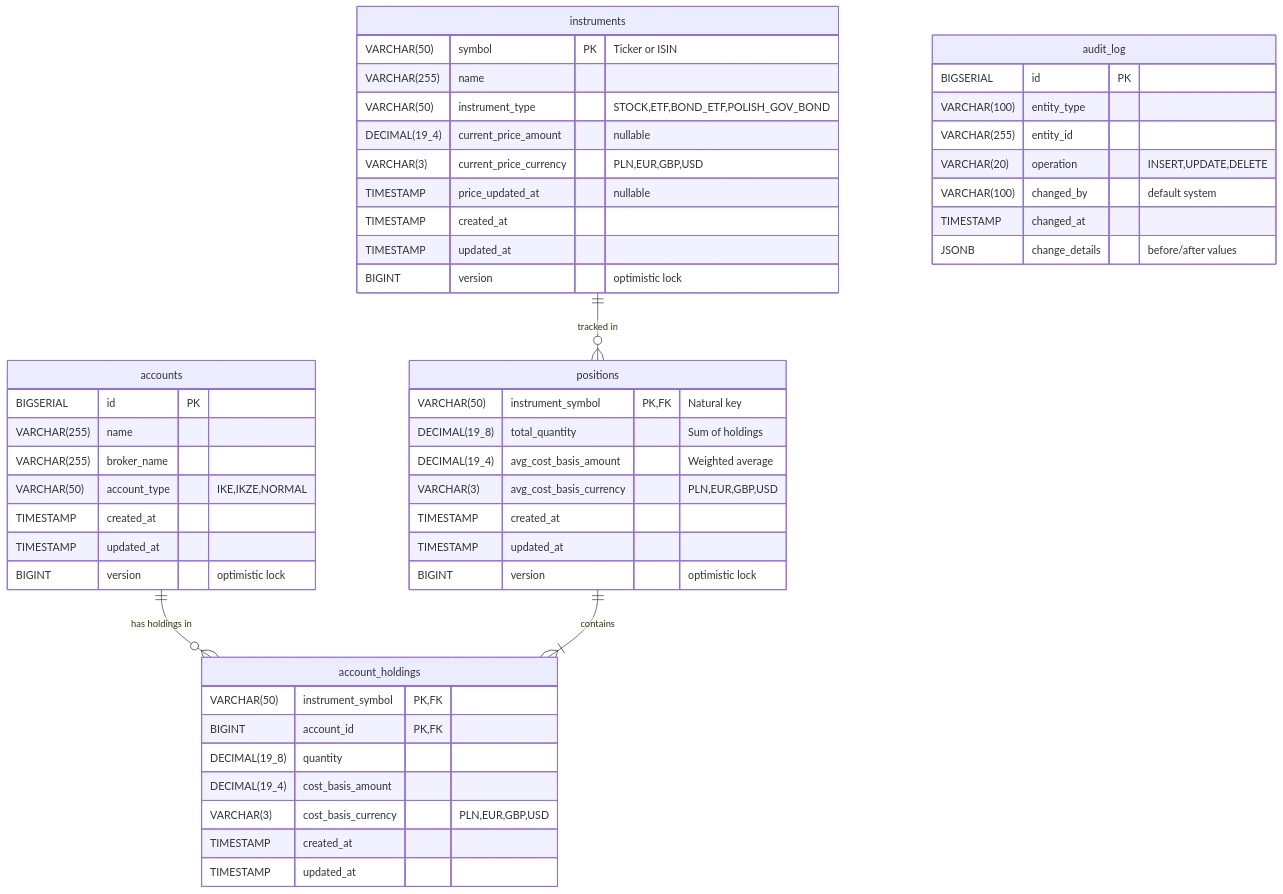
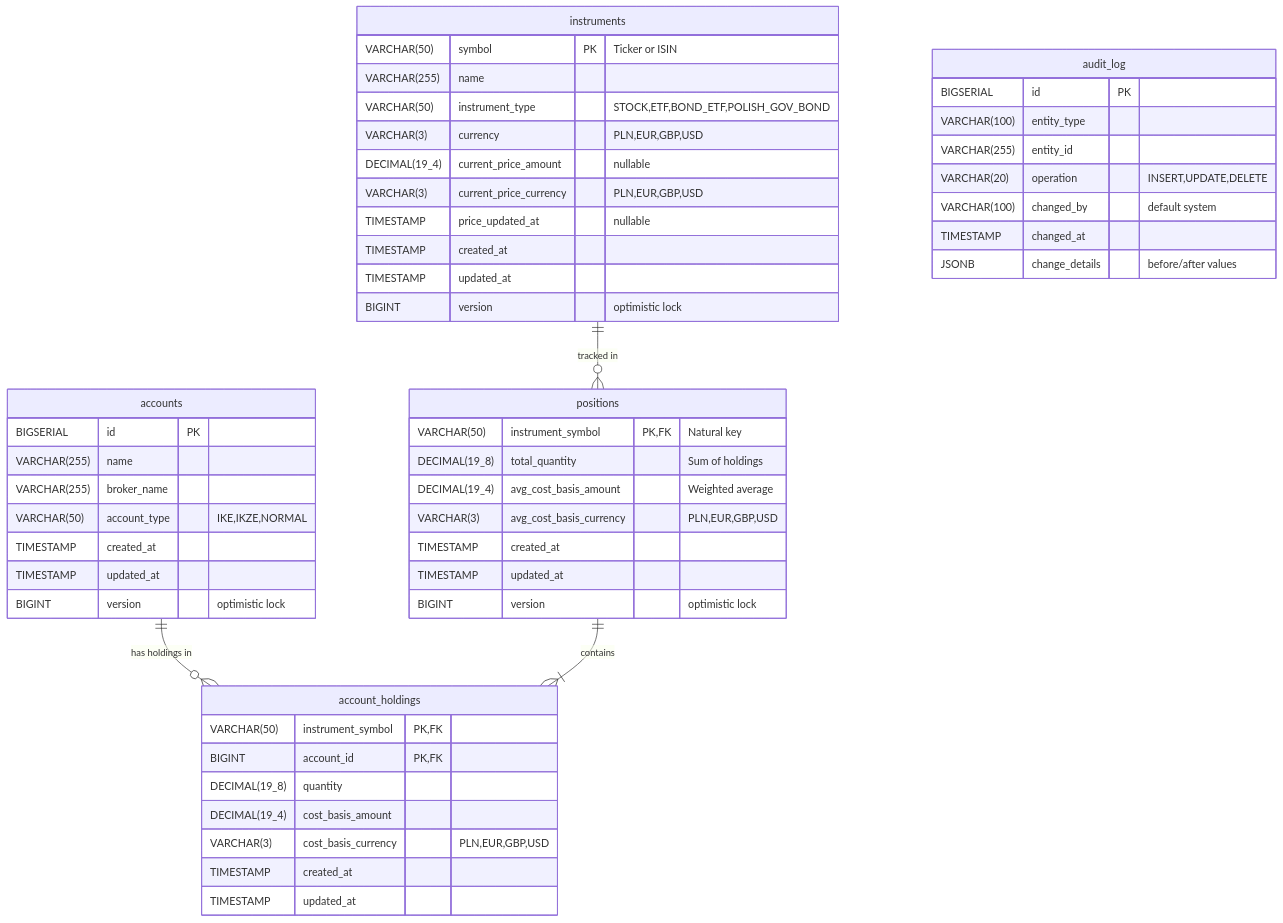
Before and after one commit to rzodkiewiczmichal/investments-tracker: the diagram in docs/diagrams/database-schema.md, drawn with Mermaid. The commit also changed 22 other files, not shown here.

````diff
--- a/docs/diagrams/database-schema.md
+++ b/docs/diagrams/database-schema.md
@@ -5,58 +5,59 @@
 ```mermaid
 erDiagram
     accounts ||--o{ account_holdings : "has holdings in"
     instruments ||--o{ positions : "tracked in"
     positions ||--|{ account_holdings : "contains"
 
     accounts {
         BIGSERIAL id PK
         VARCHAR(255) name
         VARCHAR(255) broker_name
         VARCHAR(50) account_type "IKE,IKZE,NORMAL"
         TIMESTAMP created_at
         TIMESTAMP updated_at
         BIGINT version "optimistic lock"
     }
 
     instruments {
         VARCHAR(50) symbol PK "Ticker or ISIN"
         VARCHAR(255) name
         VARCHAR(50) instrument_type "STOCK,ETF,BOND_ETF,POLISH_GOV_BOND"
+        VARCHAR(3) currency "PLN,EUR,GBP,USD"
         DECIMAL(19_4) current_price_amount "nullable"
         VARCHAR(3) current_price_currency "PLN,EUR,GBP,USD"
         TIMESTAMP price_updated_at "nullable"
         TIMESTAMP created_at
         TIMESTAMP updated_at
         BIGINT version "optimistic lock"
     }
 
     positions {
         VARCHAR(50) instrument_symbol PK,FK "Natural key"
         DECIMAL(19_8) total_quantity "Sum of holdings"
         DECIMAL(19_4) avg_cost_basis_amount "Weighted average"
         VARCHAR(3) avg_cost_basis_currency "PLN,EUR,GBP,USD"
         TIMESTAMP created_at
         TIMESTAMP updated_at
         BIGINT version "optimistic lock"
     }
 
     account_holdings {
         VARCHAR(50) instrument_symbol PK,FK
         BIGINT account_id PK,FK
         DECIMAL(19_8) quantity
         DECIMAL(19_4) cost_basis_amount
         VARCHAR(3) cost_basis_currency "PLN,EUR,GBP,USD"
         TIMESTAMP created_at
         TIMESTAMP updated_at
     }
 
     audit_log {
         BIGSERIAL id PK
         VARCHAR(100) entity_type
         VARCHAR(255) entity_id
         VARCHAR(20) operation "INSERT,UPDATE,DELETE"
         VARCHAR(100) changed_by "default system"
         TIMESTAMP changed_at
         JSONB change_details "before/after values"
     }
 ```
````
